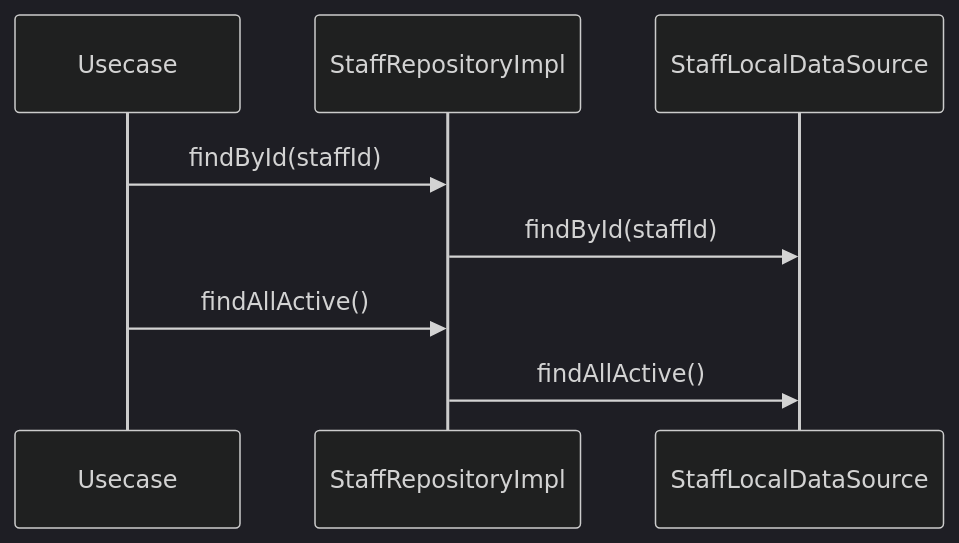
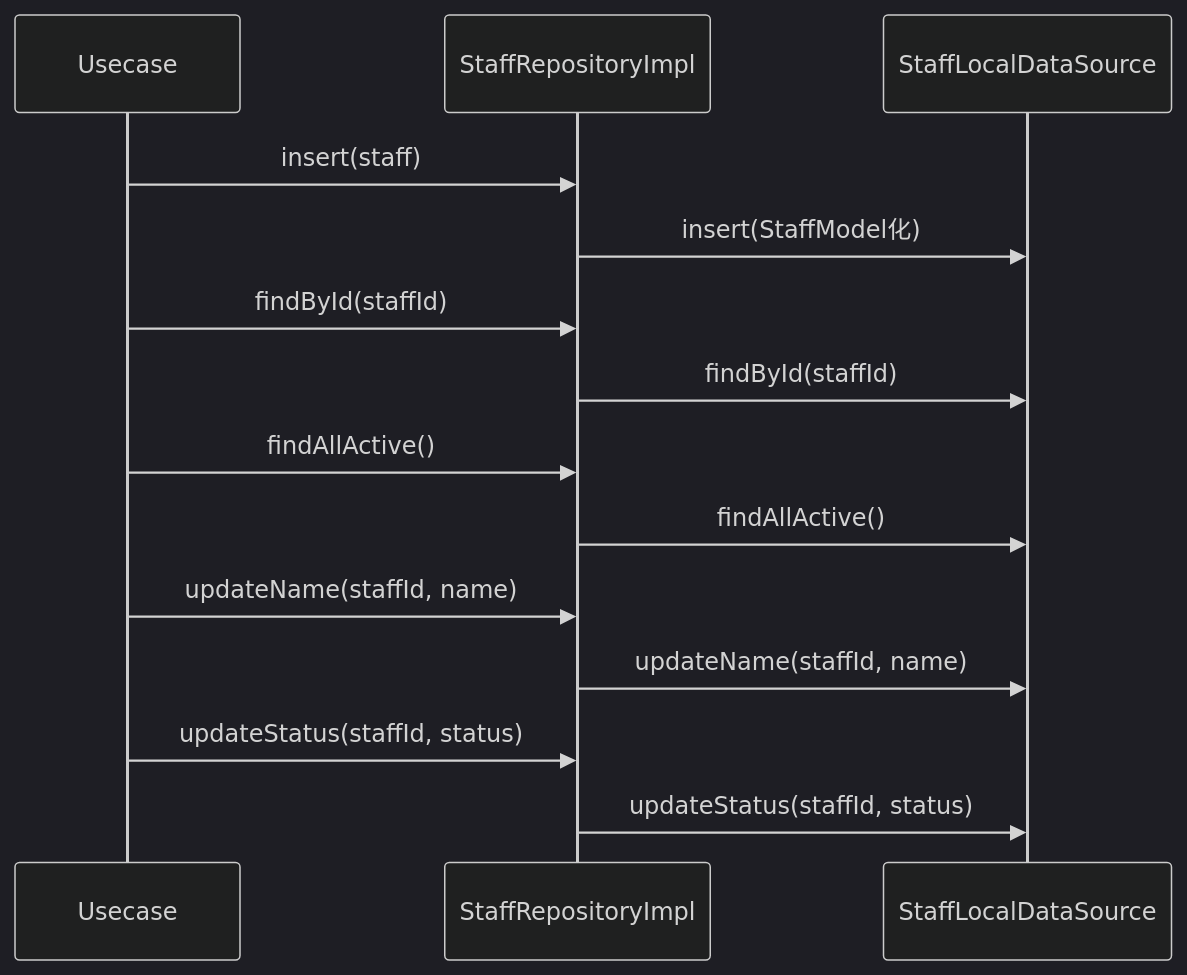
Before and after one commit to MinamiyamaKotaro/m3_pad: the diagram in docs/design/lib/src/features/voucher/data/repositories/staff_repository_impl.md, drawn with Mermaid (dark theme). The commit also changed other lines of this file and 90 other files, not shown here.

````diff
--- a/docs/design/lib/src/features/voucher/data/repositories/staff_repository_impl.md
+++ b/docs/design/lib/src/features/voucher/data/repositories/staff_repository_impl.md
@@ -13,11 +14,17 @@
 ```mermaid
 sequenceDiagram
     participant U as Usecase
     participant Impl as StaffRepositoryImpl
     participant D as StaffLocalDataSource
 
+    U->>Impl: insert(staff)
+    Impl->>D: insert(StaffModel化)
     U->>Impl: findById(staffId)
     Impl->>D: findById(staffId)
     U->>Impl: findAllActive()
     Impl->>D: findAllActive()
+    U->>Impl: updateName(staffId, name)
+    Impl->>D: updateName(staffId, name)
+    U->>Impl: updateStatus(staffId, status)
+    Impl->>D: updateStatus(staffId, status)
 ```
````
